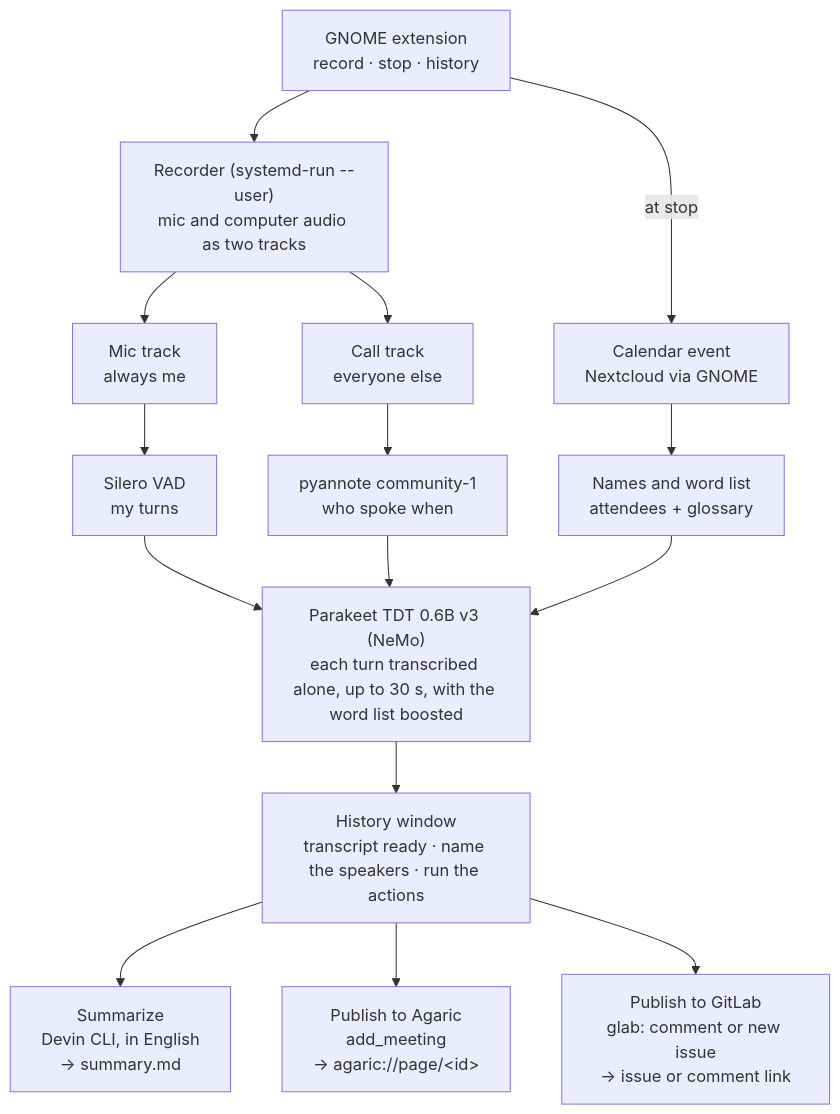
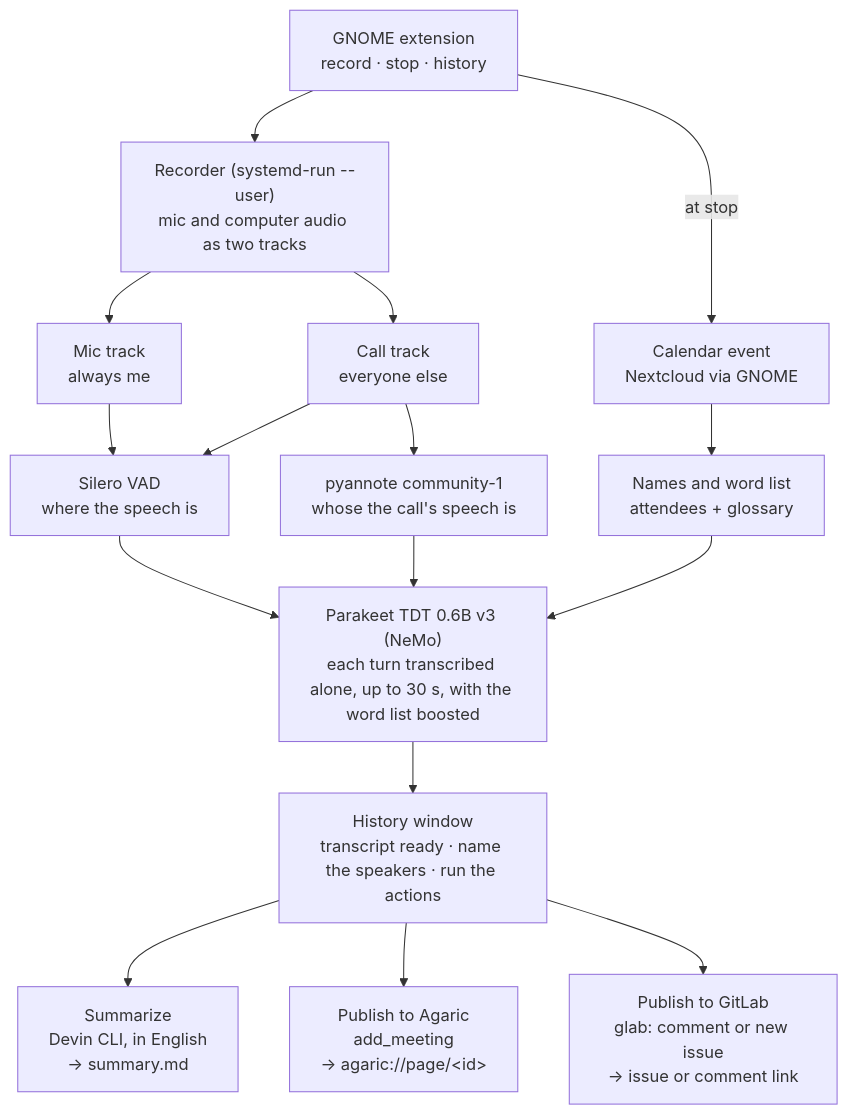
One commit to jfolcini/minutas changed the first of 2 diagrams in docs/design.md. Above: the diagram before and after it, drawn with Mermaid. The commit also changed other lines of this file and 11 other files, not shown here.

First line of the commit message:
feat(transcription): who said what on the call, named in the window (#45)

````diff
--- a/docs/design.md
+++ b/docs/design.md
@@ -48,31 +48,32 @@
 ```mermaid
 flowchart TD
     ext["GNOME extension<br/>record · stop · history"]
     rec["Recorder (systemd-run --user)<br/>mic and computer audio as two tracks"]
     mic["Mic track<br/>always me"]
     calltrack["Call track<br/>everyone else"]
     cal["Calendar event<br/>Nextcloud via GNOME"]
-    vad["Silero VAD<br/>my turns"]
-    diar["pyannote community-1<br/>who spoke when"]
+    vad["Silero VAD<br/>where the speech is"]
+    diar["pyannote community-1<br/>whose the call's speech is"]
     words["Names and word list<br/>attendees + glossary"]
     asr["Parakeet TDT 0.6B v3 (NeMo)<br/>each turn transcribed alone, up to 30 s, with the word list boosted"]
     hist["History window<br/>transcript ready · name the speakers · run the actions"]
     sum["Summarize<br/>Devin CLI, in English<br/>→ summary.md"]
     agaric["Publish to Agaric<br/>add_meeting<br/>→ agaric://page/&lt;id&gt;"]
     gitlab["Publish to GitLab<br/>glab: comment or new issue<br/>→ issue or comment link"]
 
     ext --> rec
     ext -- at stop --> cal
     rec --> mic
     rec --> calltrack
     mic --> vad
+    calltrack --> vad
     calltrack --> diar
     cal --> words
     vad --> asr
     diar --> asr
     words --> asr
     asr --> hist
     hist --> sum
     hist --> agaric
     hist --> gitlab
 ```
````
